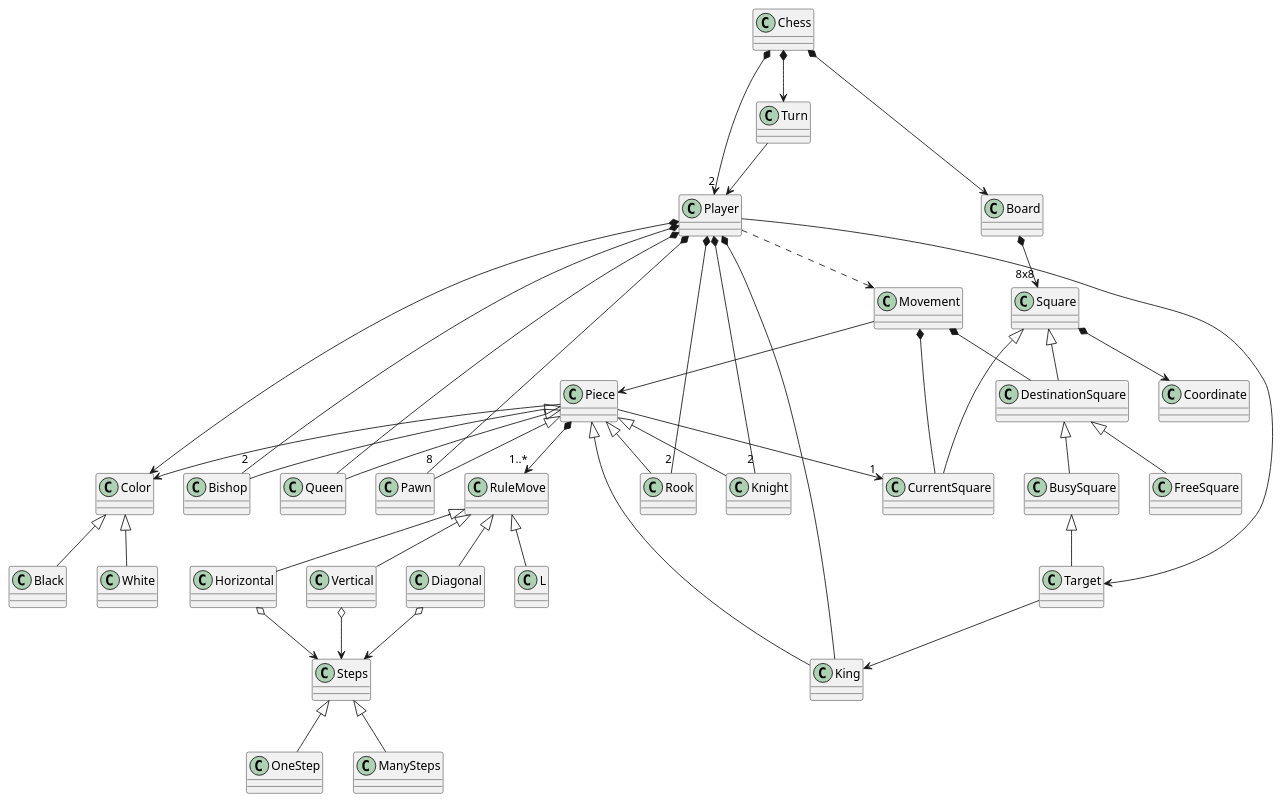
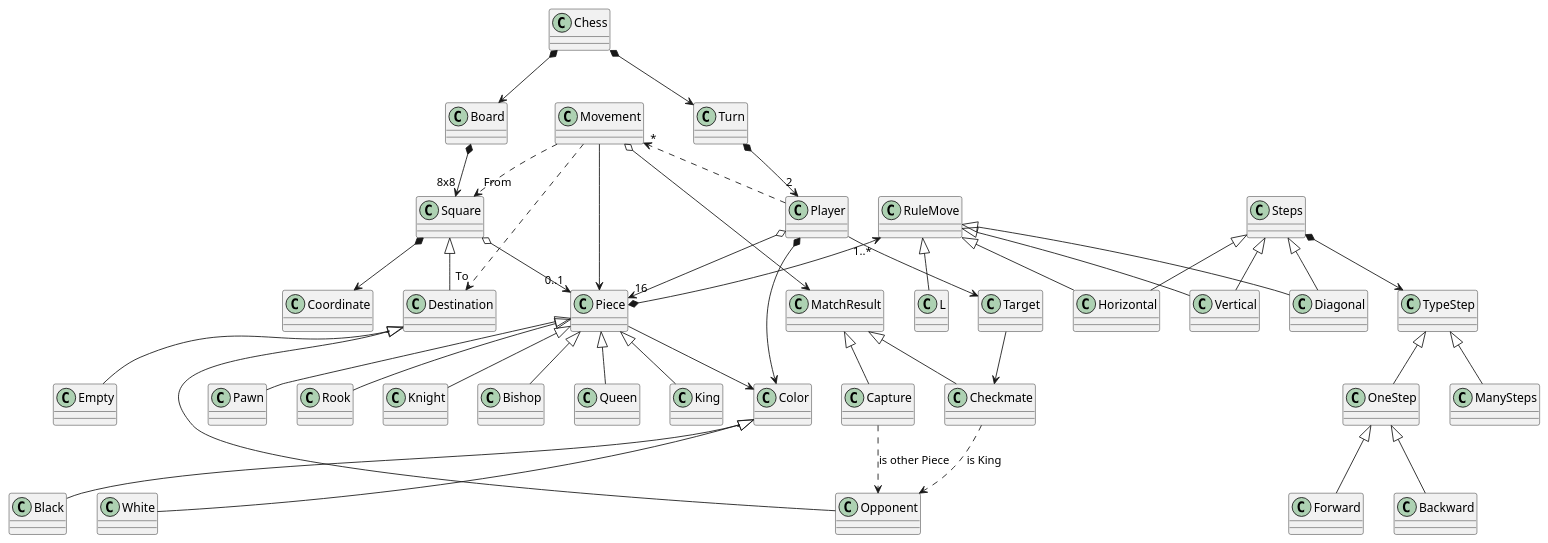
One commit to japc78/escuelait-masterds-02-poo-chess changed the diagram in uml/kodenix/domainmodel.puml. Above: the diagram before and after it, drawn with PlantUML.

Commit message:
Refactorized domain model

```diff
--- a/uml/kodenix/domainmodel.puml
+++ b/uml/kodenix/domainmodel.puml
@@ -1,93 +1,122 @@
 @startuml Chess
 
 	class Chess
-	class Turn
 	
-	class Board
+	
+	
     class Square
-	class FreeSquare
-	class BusySquare
-    class CurrentSquare
+	class Empty
+	class Opponent
+    
     class Coordinate
-    class RuleMove
+    
 	together {
-		class Player
+		class Player	
+		class RuleMove
 	
 	}
-	class Piece
+	
+		class Board
+		class Piece
+		
+	
+
+	
+		class Movement
+		class Turn
+		class RuleMove
+	
+	
 	class Pawn
 	class Rook
 	class Knight
 	class Bishop
 	class Queen
 	class King
 	class Color
 	class White
 	class Black
-	class Movement
+	
+	
+	class Checkmate
+	class Capture
+
 	class Target
 	class Steps
+	class TypeStep
 	class OneStep
+	class Forward
+	class Backward
 	class ManySteps
-	class DestinationSquare
-
+	class Destination
+	class Checkmate
 
 	Chess *--> Turn
 	Chess *--> Board
-	Chess *--> "2" Player
-
-	Turn --> Player
+	Turn *--> "2" Player
 
     Board *--> "8x8" Square
 
-	Player ..> Movement
+	Player ..> "*" Movement
 	Player *--> Color
-	Player *-- King
+	Player o--> "16" Piece
+	/'Player *-- King
 	Player *-- Queen
 	Player *-- "2" Bishop
 	Player *-- "2" Knight
 	Player *-- "2" Rook
 	Player *-- "8" Pawn
+	'/
 	Player --> Target
+	Target --> Checkmate
 
 	Color <|-- White
 	Color <|-- Black
 
 	Piece *--> "1..*" RuleMove
 	Piece <|-- Pawn
 	Piece <|-- Bishop
 	Piece <|-- Knight
 	Piece <|-- Rook
 	Piece <|-- Queen
 	Piece <|-- King
 
-	Piece --> "1" CurrentSquare
-
 	Piece --> Color
 
-	Movement *-- DestinationSquare
-    Movement *-- CurrentSquare
+	Movement ..> "To" Destination
+    Movement ..> "From" Square
 	Movement --> Piece
+	Movement o--> MatchResult
 
-    Square <|-- DestinationSquare
-    Square <|-- CurrentSquare
+	MatchResult ^-- Checkmate
+	MatchResult ^-- Capture
+	Checkmate ..>  Opponent : "is King"
+	Capture ..>  Opponent : "is other Piece"
+
+	Square o--> "0..1" Piece
+    Square <|-- Destination
     Square *--> Coordinate
 
-	DestinationSquare <|-- FreeSquare
-	DestinationSquare <|-- BusySquare
-	BusySquare <|-- Target
-	Target --> King	
+	Destination <|-- Empty
+	Destination <|-- Opponent
+	'Opponent <|-- Target
+	'Target --> King	
 
 	RuleMove <|-- Horizontal
 	RuleMove <|-- Vertical
 	RuleMove <|-- Diagonal
 	RuleMove <|-- L
 
-	Horizontal o-->   Steps
-	Vertical o-->   Steps
-	Diagonal o-->   Steps
+	
+	Steps *--> TypeStep
+	TypeStep ^-- OneStep
+		OneStep ^-- Forward
+		OneStep ^-- Backward
+	TypeStep ^-- ManySteps
+	Steps ^-- Horizontal
+	Steps ^-- Vertical
+	Steps ^-- Diagonal
 
-	 Steps ^-- OneStep
-	 Steps ^-- ManySteps
+	
 
 @enduml
```
